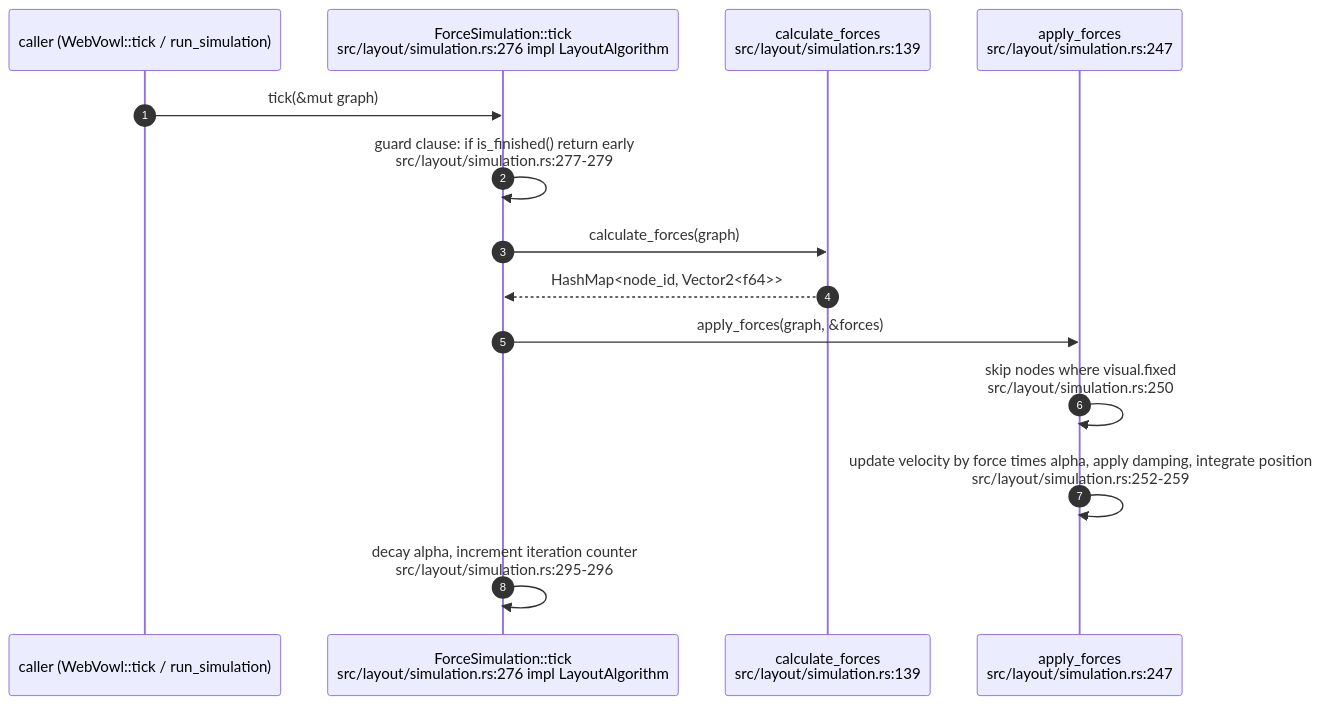
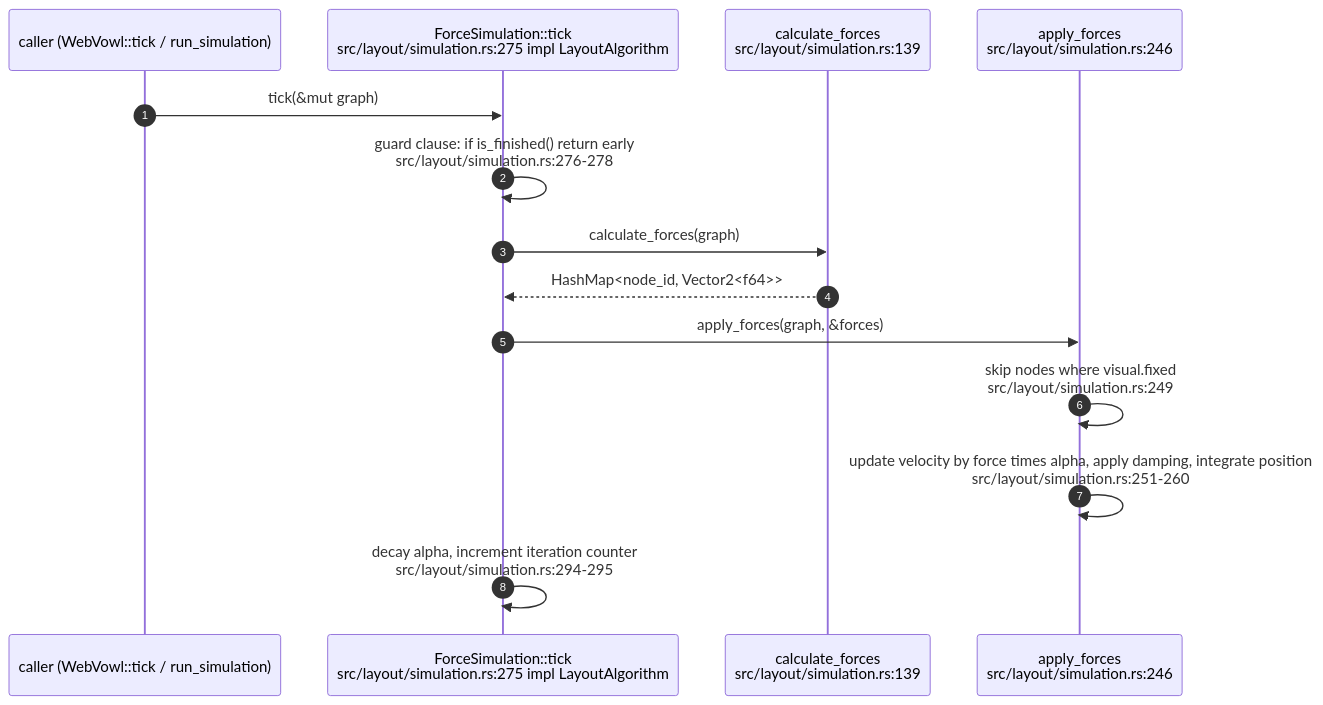
Before and after one commit to DreamLab-AI/VisionFlow: the first of 9 diagrams in docs/diagrams/vowl-wasm/03-force-layout-lifecycle.md, drawn with Mermaid. The commit also changed other lines of this file and 48 other files, not shown here.

Commit message:
docs: reconcile estate repairs and first diagram refresh batch

````diff
--- a/docs/diagrams/vowl-wasm/03-force-layout-lifecycle.md
+++ b/docs/diagrams/vowl-wasm/03-force-layout-lifecycle.md
@@ -28,16 +28,16 @@
 ```mermaid
 sequenceDiagram
     autonumber
     participant C as caller (WebVowl::tick / run_simulation)
-    participant FS as ForceSimulation::tick<br/>src/layout/simulation.rs:276 impl LayoutAlgorithm
+    participant FS as ForceSimulation::tick<br/>src/layout/simulation.rs:275 impl LayoutAlgorithm
     participant CF as calculate_forces<br/>src/layout/simulation.rs:139
-    participant AF as apply_forces<br/>src/layout/simulation.rs:247
+    participant AF as apply_forces<br/>src/layout/simulation.rs:246
     C->>FS: tick(&mut graph)
-    FS->>FS: guard clause: if is_finished() return early<br/>src/layout/simulation.rs:277-279
+    FS->>FS: guard clause: if is_finished() return early<br/>src/layout/simulation.rs:276-278
     FS->>CF: calculate_forces(graph)
     CF-->>FS: HashMap<node_id, Vector2<f64>>
     FS->>AF: apply_forces(graph, &forces)
-    AF->>AF: skip nodes where visual.fixed<br/>src/layout/simulation.rs:250
-    AF->>AF: update velocity by force times alpha, apply damping, integrate position<br/>src/layout/simulation.rs:252-259
-    FS->>FS: decay alpha, increment iteration counter<br/>src/layout/simulation.rs:295-296
+    AF->>AF: skip nodes where visual.fixed<br/>src/layout/simulation.rs:249
+    AF->>AF: update velocity by force times alpha, apply damping, integrate position<br/>src/layout/simulation.rs:251-260
+    FS->>FS: decay alpha, increment iteration counter<br/>src/layout/simulation.rs:294-295
 ```
````
